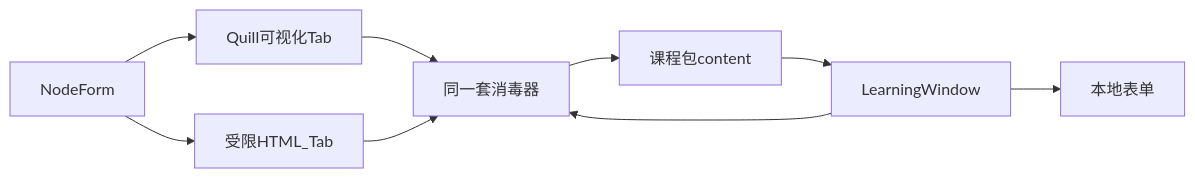
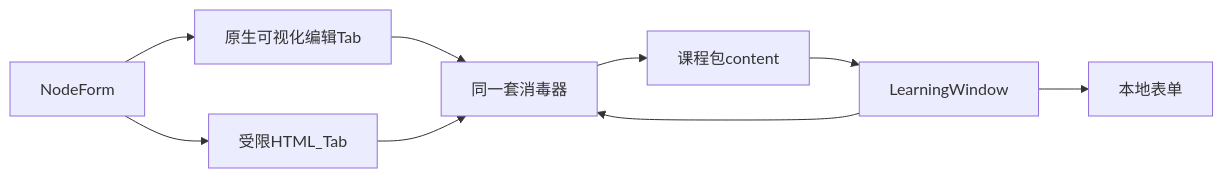
Before and after one commit to xiaobaiworld/lessonpilot: the diagram in docs/superpowers/specs/2026-08-26-plugin-learning-window-rich-page-design.md, drawn with Mermaid. The commit also changed other lines of this file and 9 other files, not shown here.

````diff
--- a/docs/superpowers/specs/2026-08-26-plugin-learning-window-rich-page-design.md
+++ b/docs/superpowers/specs/2026-08-26-plugin-learning-window-rich-page-design.md
@@ -66,19 +66,19 @@
 ```mermaid
 flowchart LR
   teacherForm[NodeForm]
-  quill[Quill可视化Tab]
+  visual[原生可视化编辑Tab]
   htmlTab[受限HTML_Tab]
   sanitizer[同一套消毒器]
   package[课程包content]
   window[LearningWindow]
   form[本地表单]
 
-  teacherForm --> quill
+  teacherForm --> visual
   teacherForm --> htmlTab
-  quill --> sanitizer
+  visual --> sanitizer
   htmlTab --> sanitizer
   sanitizer --> package
   package --> window
   window --> sanitizer
   window --> form
 ```
````
